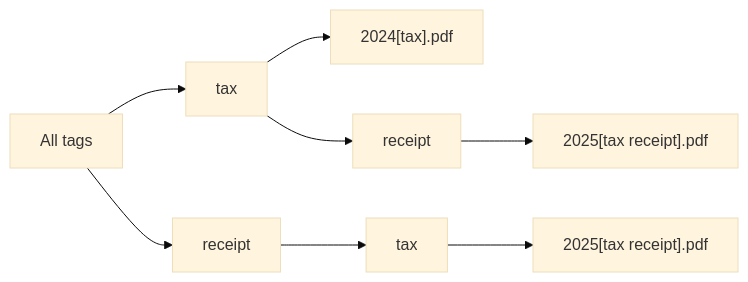
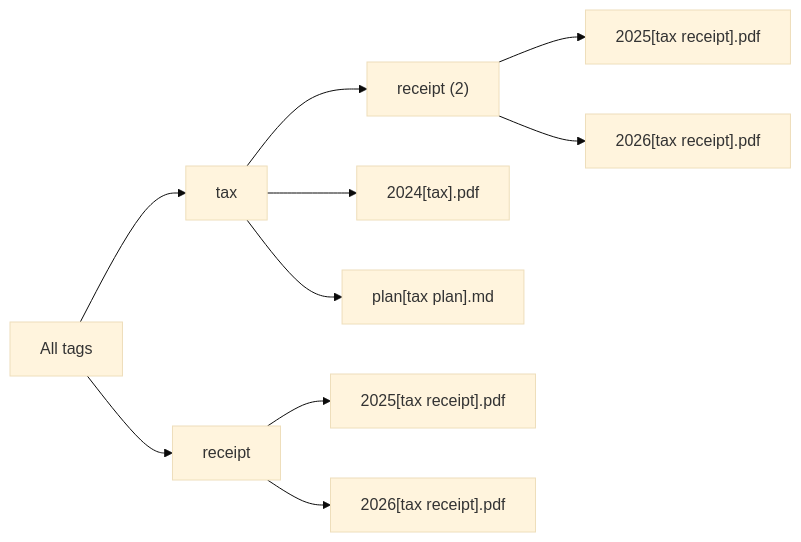
The third of 3 diagrams in plugins/tag-everything/docs/user-guide.md (AlbanMontaigu/obsidian), drawn with Mermaid (base theme) before and after one commit. The commit also changed other lines of this file and 7 other files, not shown here.

````diff
--- a/plugins/tag-everything/docs/user-guide.md
+++ b/plugins/tag-everything/docs/user-guide.md
@@ -221,8 +226,12 @@
 ```mermaid
 flowchart LR
   root[All tags] --> tax[tax]
   root --> receipt[receipt]
+  tax --> tr["receipt (2)"]
+  tr --> f2["2025[tax receipt].pdf"]
+  tr --> f3["2026[tax receipt].pdf"]
   tax --> f1["2024[tax].pdf"]
-  tax --> tr[receipt] --> f2["2025[tax receipt].pdf"]
-  receipt --> rt[tax] --> f2b["2025[tax receipt].pdf"]
+  tax --> fp["plan[tax plan].md"]
+  receipt --> f2b["2025[tax receipt].pdf"]
+  receipt --> f3b["2026[tax receipt].pdf"]
 ```
````
